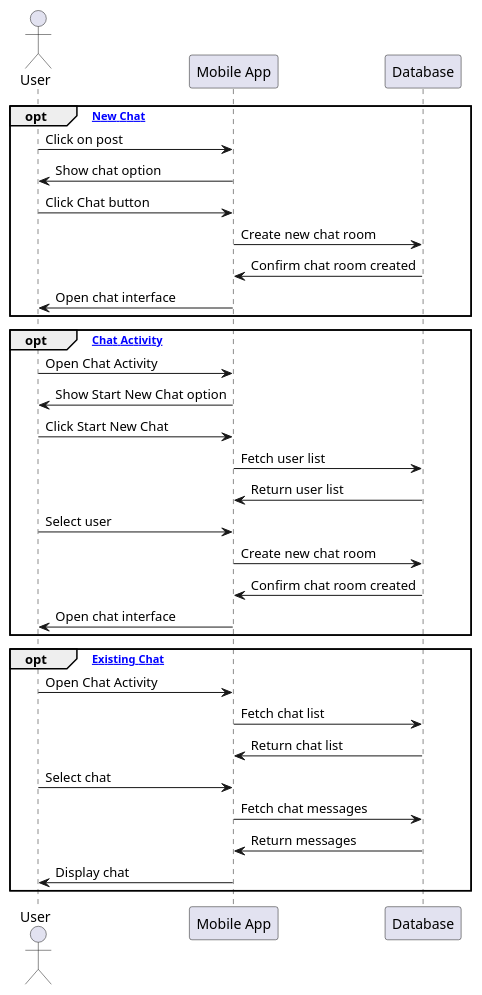
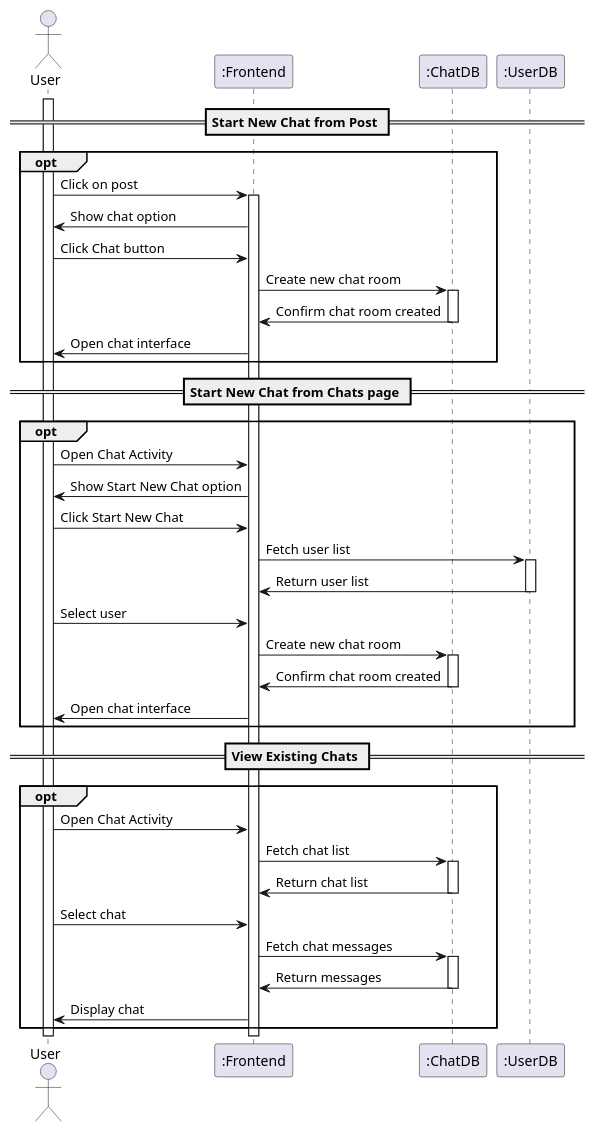
Before and after one commit to xuantungbrian/Tomato: the diagram in plantUML/chat.puml, drawn with PlantUML. The commit also changed 11 other files, not shown here.

Commit message:
Update Sequence Diagrams

```diff
--- a/plantUML/chat.puml
+++ b/plantUML/chat.puml
@@ -1,42 +1,57 @@
 @startuml
 
 ' Sequence Diagram: Start New Chat from Post
 actor User
-participant "Mobile App" as App
-participant "Database" as DB
+participant ":Frontend" as App
+participant ":ChatDB" as DB
+participant ":UserDB" as UserDB
 
-opt [Start New Chat]
+activate User
+== Start New Chat from Post ==
+opt 
 ' Start New Chat
     User -> App: Click on post
+    activate App
     App -> User: Show chat option
     User -> App: Click Chat button
     App -> DB: Create new chat room
+    activate DB
     DB -> App: Confirm chat room created
+    deactivate DB
     App -> User: Open chat interface
 end
 
-' Sequence Diagram: Start New Chat from Chat Activity
-opt  [From Chat Activity]
+== Start New Chat from Chats page ==
+opt 
     User -> App: Open Chat Activity
     App -> User: Show Start New Chat option
     User -> App: Click Start New Chat
-    App -> DB: Fetch user list
-    DB -> App: Return user list
+    App -> UserDB: Fetch user list
+    activate UserDB
+    UserDB -> App: Return user list
+    deactivate UserDB
     User -> App: Select user
     App -> DB: Create new chat room
+    activate DB
     DB -> App: Confirm chat room created
+    deactivate DB
     App -> User: Open chat interface
 end
 
-opt [View Existing Chat]
+== View Existing Chats ==
+opt 
     ' Sequence Diagram: View Existing Chat
     User -> App: Open Chat Activity
     App -> DB: Fetch chat list
+    activate DB
     DB -> App: Return chat list
+    deactivate DB
     User -> App: Select chat
     App -> DB: Fetch chat messages
+    activate DB
     DB -> App: Return messages
+    deactivate DB
     App -> User: Display chat
 end 
 
 @enduml
```
